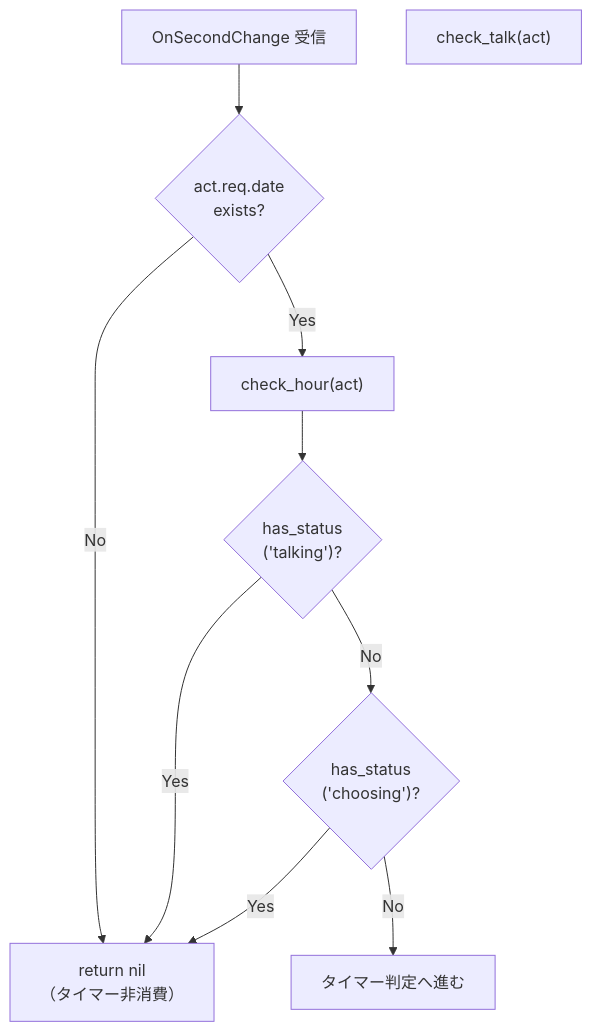
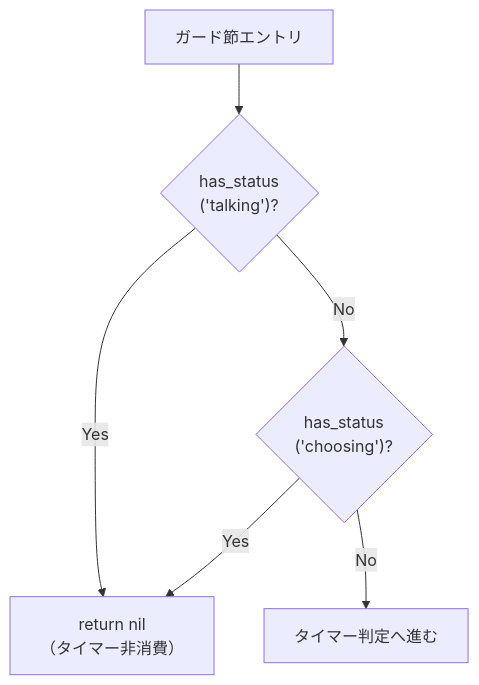
Before and after one commit to ekicyou/pasta: the third of 3 diagrams in .kiro/specs/suppress-ontalk-on-choosing/design.md, drawn with Mermaid. The commit also changed other lines of this file, not shown here.

````diff
--- a/.kiro/specs/suppress-ontalk-on-choosing/design.md
+++ b/.kiro/specs/suppress-ontalk-on-choosing/design.md
@@ -60,20 +82,14 @@
 ```mermaid
 flowchart TD
-    Entry["OnSecondChange 受信"]
-    HasDate{"act.req.date<br/>exists?"}
-    CheckHour["check_hour(act)"]
-    CheckTalk["check_talk(act)"]
+    FuncEntry["ガード節エントリ"]
     HasTalking{"has_status<br/>('talking')?"}
     HasChoosing{"has_status<br/>('choosing')?"}
     Skip["return nil<br/>（タイマー非消費）"]
     Proceed["タイマー判定へ進む"]
 
-    Entry --> HasDate
-    HasDate -->|No| Skip
-    HasDate -->|Yes| CheckHour
-    CheckHour --> HasTalking
+    FuncEntry --> HasTalking
     HasTalking -->|Yes| Skip
     HasTalking -->|No| HasChoosing
     HasChoosing -->|Yes| Skip
     HasChoosing -->|No| Proceed
 ```
````
